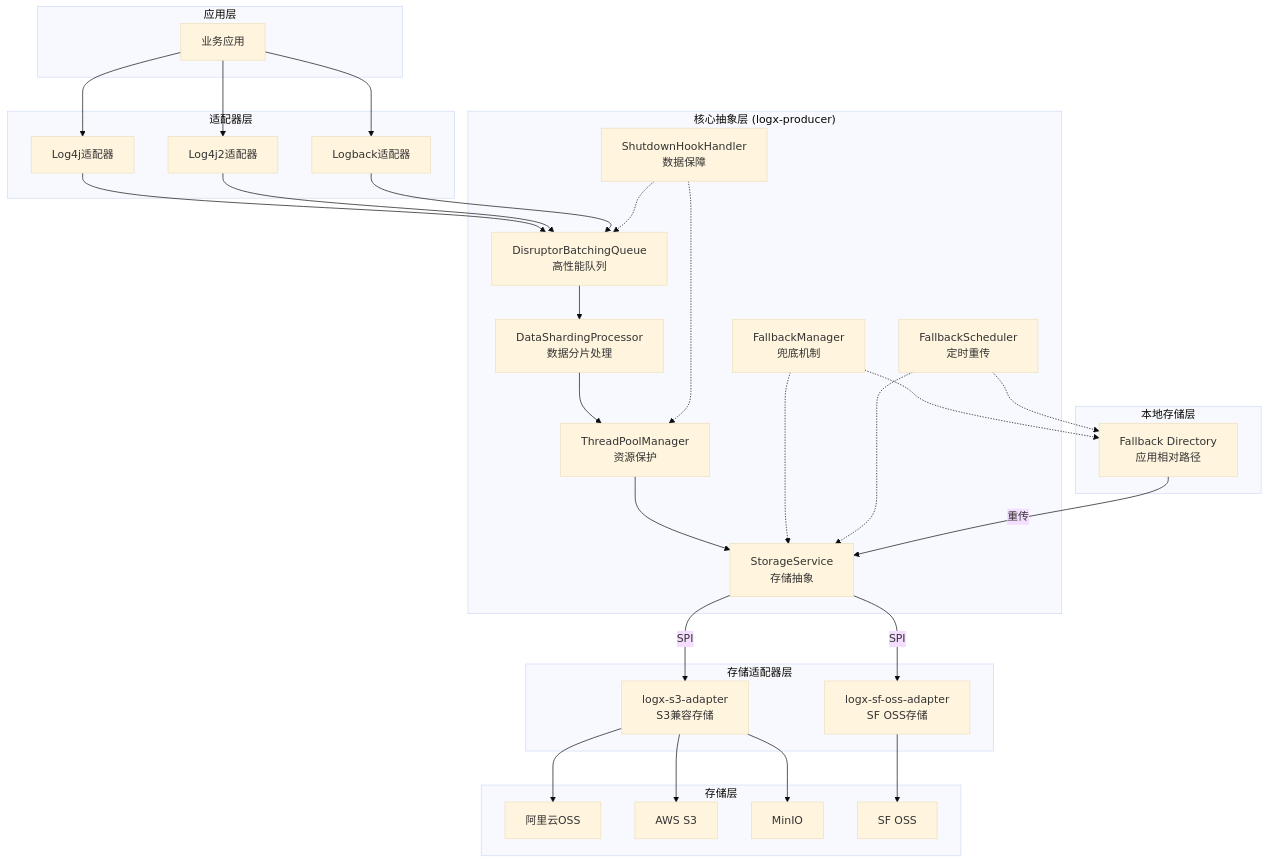
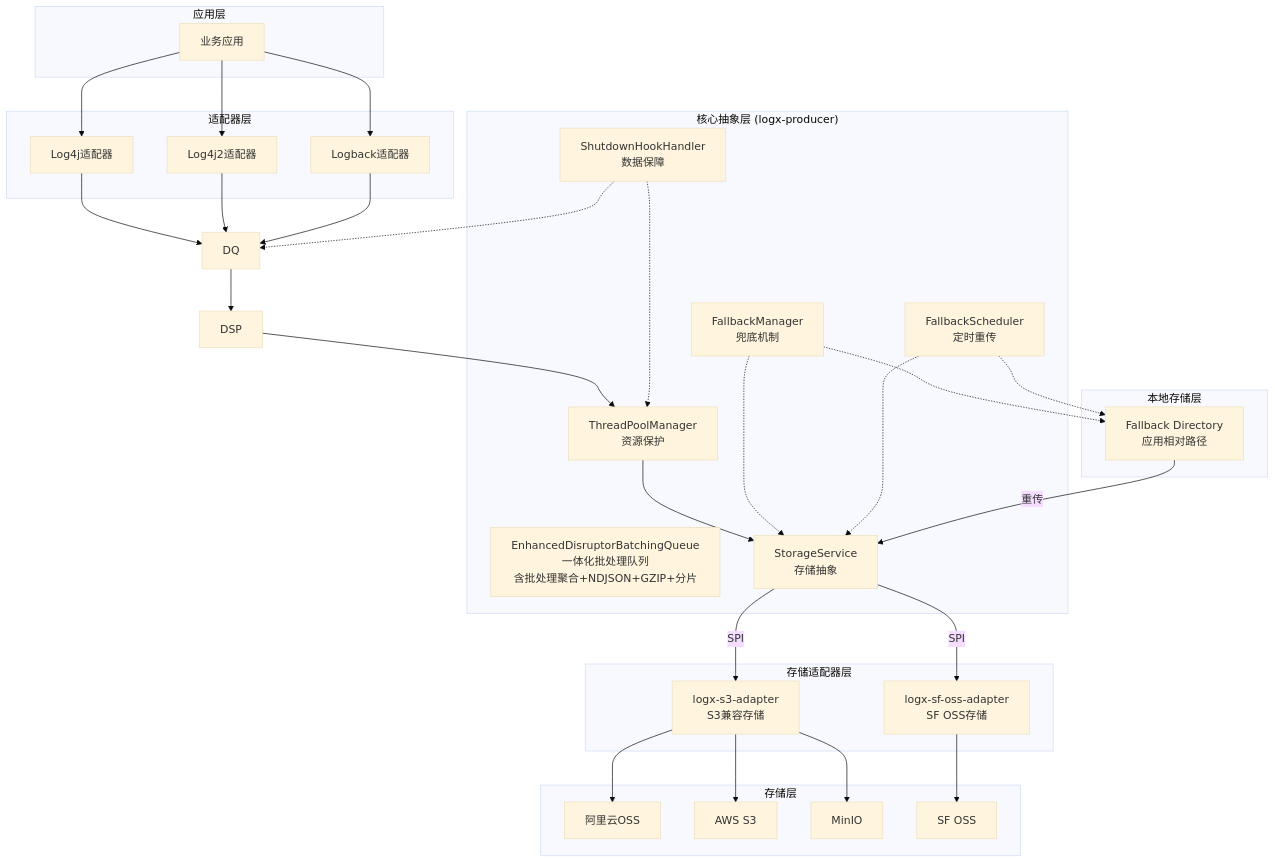
One commit to kzy77/logx-oss-appender changed the first of 3 diagrams in docs/architecture.md. Above: the diagram before and after it, drawn with Mermaid (base theme). The commit also changed other lines of this file and 46 other files, not shown here.

````diff
--- a/docs/architecture.md
+++ b/docs/architecture.md
@@ -238,65 +231,64 @@
 ```mermaid
 graph TD
     subgraph "应用层"
         APP[业务应用]
     end
 
     subgraph "适配器层"
         L4J[Log4j适配器]
         L4J2[Log4j2适配器]
         LB[Logback适配器]
     end
 
     subgraph "核心抽象层 (logx-producer)"
-        DQ[DisruptorBatchingQueue<br/>高性能队列]
-        DSP[DataShardingProcessor<br/>数据分片处理]
+        EDBQ[EnhancedDisruptorBatchingQueue<br/>一体化批处理队列<br/>含批处理聚合+NDJSON+GZIP+分片]
         TP[ThreadPoolManager<br/>资源保护]
         SH[ShutdownHookHandler<br/>数据保障]
         SS[StorageService<br/>存储抽象]
         FM[FallbackManager<br/>兜底机制]
         FS[FallbackScheduler<br/>定时重传]
     end
     
     subgraph "存储适配器层"
         S3A[logx-s3-adapter<br/>S3兼容存储]
         SFOA[logx-sf-oss-adapter<br/>SF OSS存储]
     end
 
     subgraph "本地存储层"
         FD[Fallback Directory<br/>应用相对路径]
     end
 
     subgraph "存储层"
         OSS[阿里云OSS]
         S3[AWS S3]
         MIN[MinIO]
         SFO[SF OSS]
     end
 
     APP --> L4J
     APP --> L4J2
     APP --> LB
 
     L4J --> DQ
     L4J2 --> DQ
     LB --> DQ
 
     DQ --> DSP
     DSP --> TP
     TP --> SS
     SH -.-> DQ
     SH -.-> TP
     FM -.-> SS
     FM -.-> FD
     FS -.-> FD
     FS -.-> SS
 
     SS -- SPI --> S3A
     SS -- SPI --> SFOA
 
     S3A --> OSS
     S3A --> S3
     S3A --> MIN
     SFOA --> SFO
     FD -- 重传 --> SS
 ```
````
